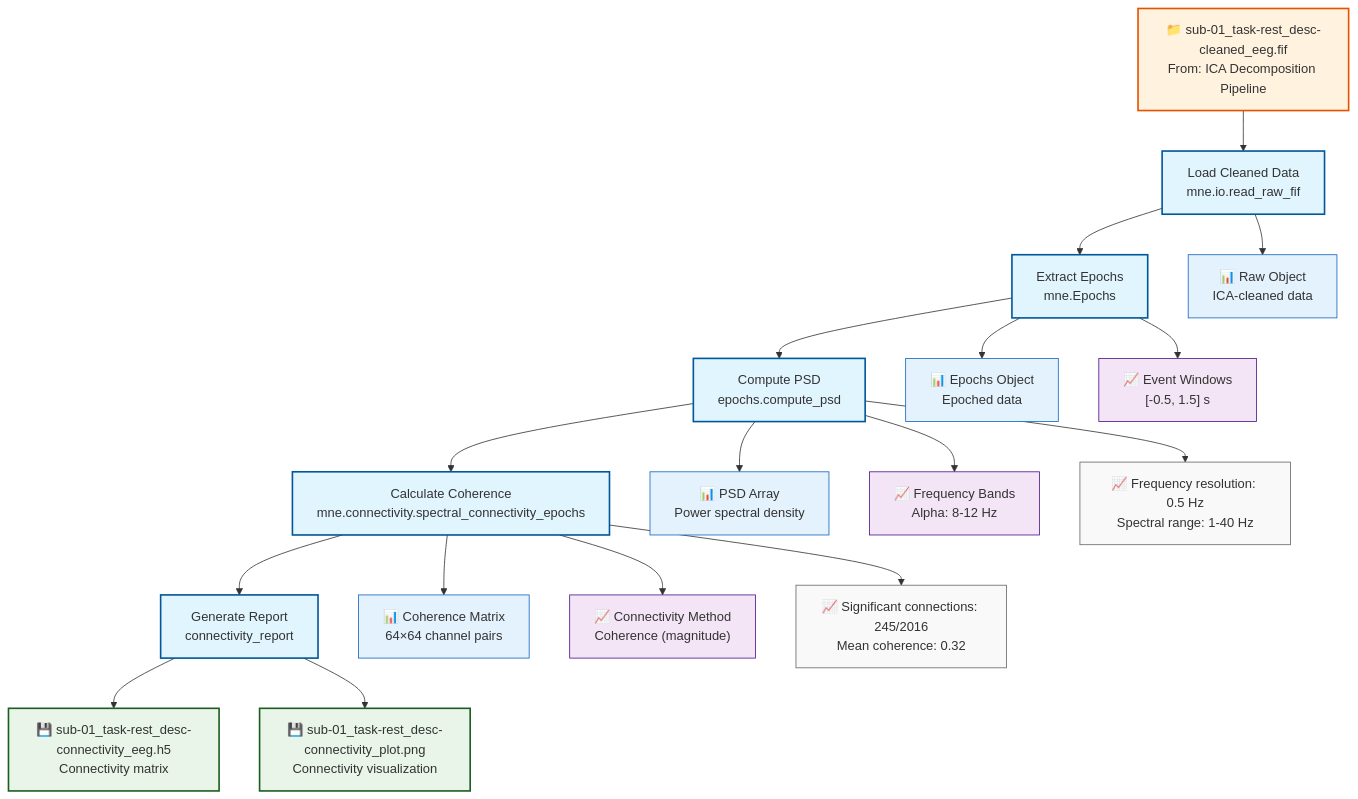
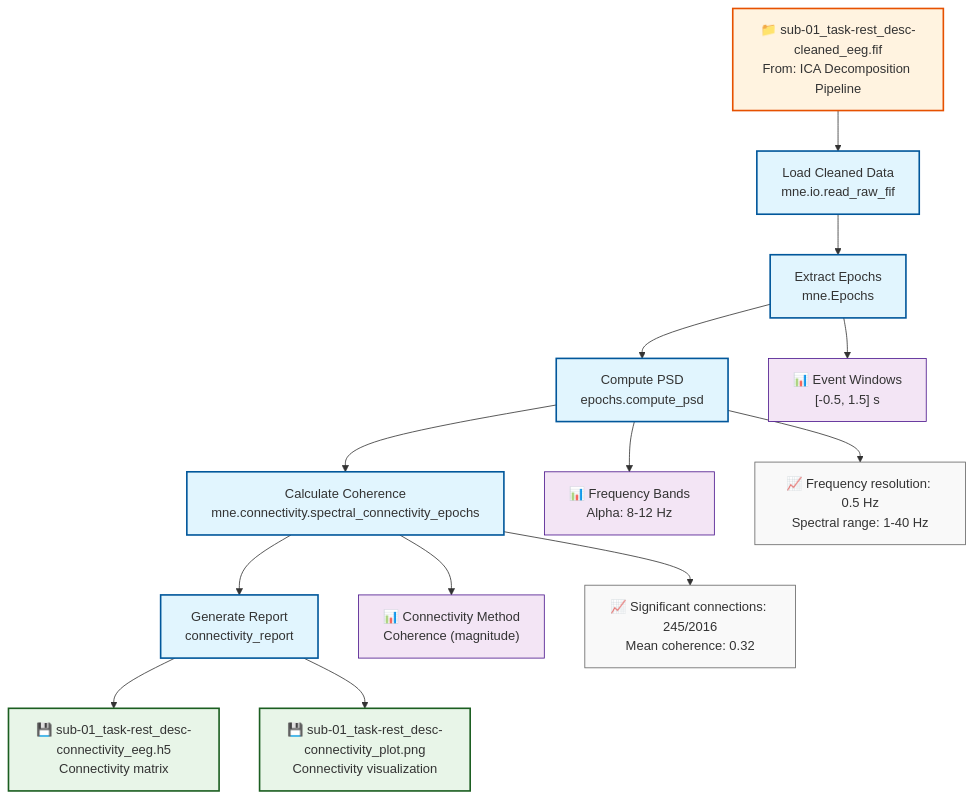
Before and after one commit to signalJourney/signalJourney: the diagram in docs/examples/connectivity_mne.md, drawn with Mermaid. The commit also changed 11 other files, not shown here.

````diff
--- a/docs/examples/connectivity_mne.md
+++ b/docs/examples/connectivity_mne.md
@@ -16,44 +16,36 @@
 ```mermaid
 flowchart TD
     A[Load Cleaned Data<br/>mne.io.read_raw_fif] --> B[Extract Epochs<br/>mne.Epochs]
     B --> C[Compute PSD<br/>epochs.compute_psd]
     C --> D[Calculate Coherence<br/>mne.connectivity.spectral_connectivity_epochs]
     D --> E[Generate Report<br/>connectivity_report]
     
-    %% Input from ICA pipeline
+    %% Input file
     F["📁 sub-01_task-rest_desc-cleaned_eeg.fif<br/>From: ICA Decomposition Pipeline"] --> A
     
-    %% Intermediate outputs
-    A --> A1["📊 Raw Object<br/>ICA-cleaned data"]
-    B --> B1["📊 Epochs Object<br/>Epoched data"]
-    C --> C1["📊 PSD Array<br/>Power spectral density"]
-    D --> D1["📊 Coherence Matrix<br/>64×64 channel pairs"]
-    
-    %% Analysis parameters
-    B --> V1["📈 Event Windows<br/>[-0.5, 1.5] s"]
-    C --> V2["📈 Frequency Bands<br/>Alpha: 8-12 Hz"]
-    D --> V3["📈 Connectivity Method<br/>Coherence (magnitude)"]
+    %% Inline data
+    B --> V1["📊 Event Windows<br/>[-0.5, 1.5] s"]
+    C --> V2["📊 Frequency Bands<br/>Alpha: 8-12 Hz"]
+    D --> V3["📊 Connectivity Method<br/>Coherence (magnitude)"]
     
     %% Final outputs
     E --> G["💾 sub-01_task-rest_desc-connectivity_eeg.h5<br/>Connectivity matrix"]
     E --> H["💾 sub-01_task-rest_desc-connectivity_plot.png<br/>Connectivity visualization"]
     
     %% Quality metrics
     C --> Q1["📈 Frequency resolution: 0.5 Hz<br/>Spectral range: 1-40 Hz"]
     D --> Q2["📈 Significant connections: 245/2016<br/>Mean coherence: 0.32"]
 
     %% Styling
     classDef processStep fill:#e1f5fe,stroke:#01579b,stroke-width:2px
     classDef inputFile fill:#fff3e0,stroke:#e65100,stroke-width:2px
     classDef outputFile fill:#e8f5e8,stroke:#1b5e20,stroke-width:2px
-    classDef inMemoryData fill:#e3f2fd,stroke:#1565c0,stroke-width:1px
     classDef inlineData fill:#f3e5f5,stroke:#4a148c,stroke-width:1px
     classDef qualityMetric fill:#f9f9f9,stroke:#666,stroke-width:1px
 
     class A,B,C,D,E processStep
     class F inputFile
     class G,H outputFile
-    class A1,B1,C1,D1 inMemoryData
     class V1,V2,V3 inlineData
     class Q1,Q2 qualityMetric
 ```
````
